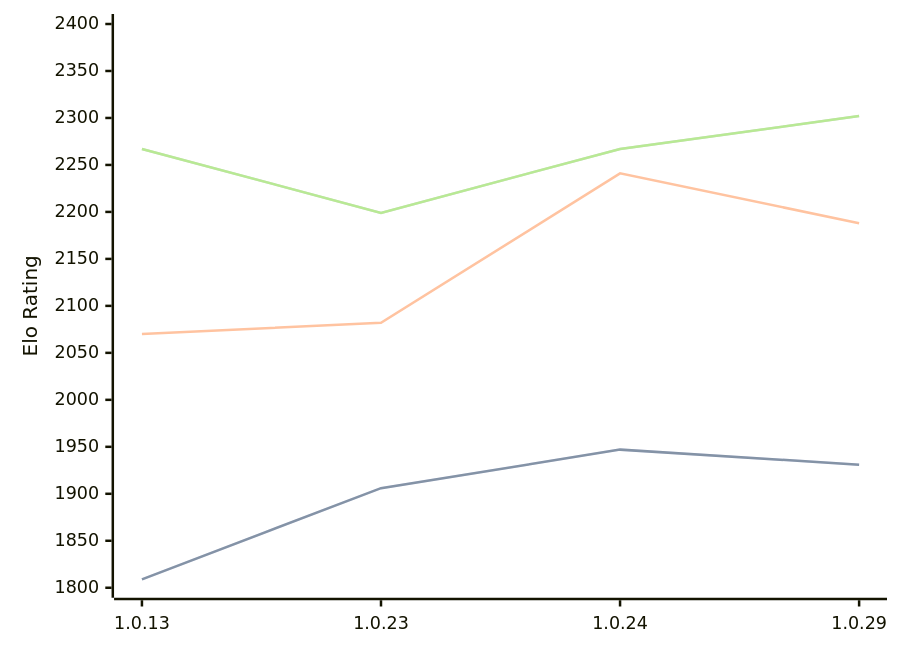
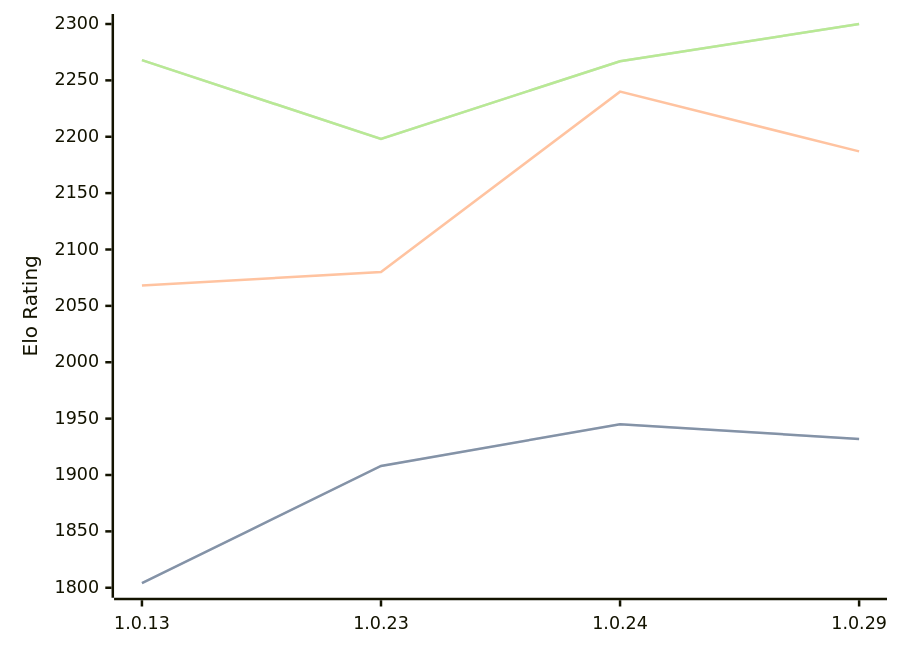
One commit to computer-chess-index/cci changed the diagram in engines/RustyRival.md. Above: the diagram before and after it, drawn with Mermaid. The commit also changed other lines of this file, not shown here.

Commit message:
Update CCI Ratings (ELO VLTC) - 2026-03-30

````diff
--- a/engines/RustyRival.md
+++ b/engines/RustyRival.md
@@ -63,11 +64,11 @@
 ```mermaid
 %%{init: {"theme":"base","themeVariables":{"seriesColors:['#a3a3a3','#222221','#faa371']}}}%%
 xychart-beta
   x-axis ["1.0.13", "1.0.23", "1.0.24", "1.0.29"]
-  y-axis "Elo Rating" 1800 --> 2400
-  line "STC (8.0+0.08s)" [1809, 1906, 1947, 1931]
-  line "STC (8.0+0.08s)" [1809, 1906, 1947, 1931]
-  line "LTC (60.0+0.60s)" [2070, 2082, 2241, 2188]
-  line "VLTC (2m24s+1.12s)" [2267, 2199, 2267, 2302]
-  line "VLTC (2m24s+1.12s)" [2267, 2199, 2267, 2302]
+  y-axis "Elo Rating" 1800 --> 2300
+  line "STC (8.0+0.08s)" [1804, 1908, 1945, 1932]
+  line "STC (8.0+0.08s)" [1804, 1908, 1945, 1932]
+  line "LTC (60.0+0.60s)" [2068, 2080, 2240, 2187]
+  line "VLTC (2m24s+1.12s)" [2268, 2198, 2267, 2300]
+  line "VLTC (2m24s+1.12s)" [2268, 2198, 2267, 2300]
 ```
````
